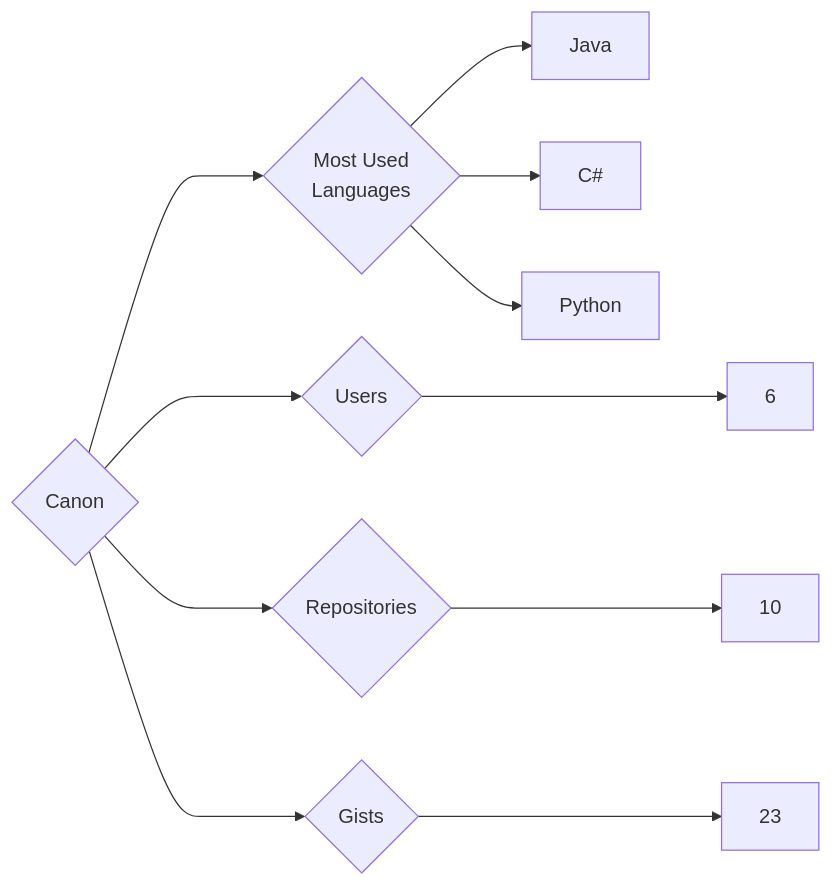
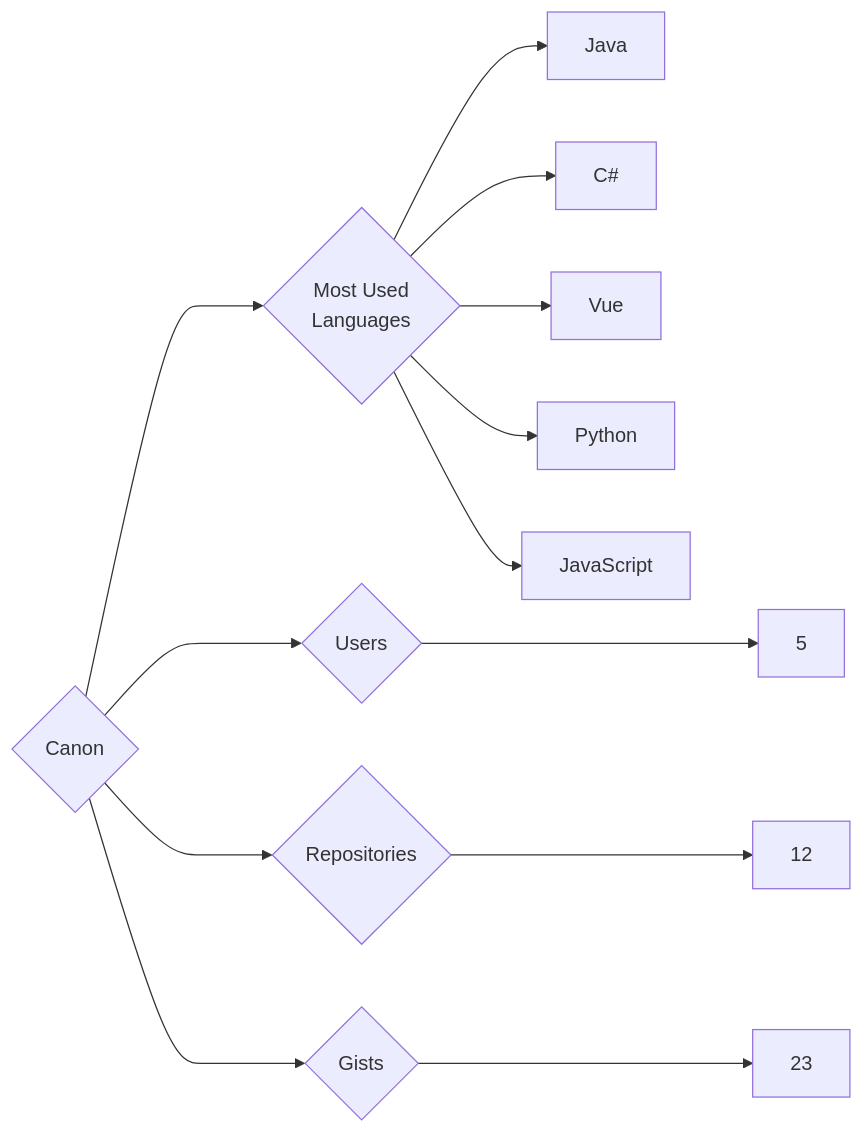
The diagram in targets/Canon/README.md (trickest/insiders), drawn with Mermaid before and after one commit. The commit also changed 934 other files, not shown here.

````diff
--- a/targets/Canon/README.md
+++ b/targets/Canon/README.md
@@ -3,11 +3,13 @@
 ```mermaid
 graph LR
 COMPANY_NAME{Canon}
-COMPANY_NAME ---> U{Users} ---> UN[6]
-COMPANY_NAME ---> R{Repositories} ---> RN[10]
+COMPANY_NAME ---> U{Users} ---> UN[5]
+COMPANY_NAME ---> R{Repositories} ---> RN[12]
 COMPANY_NAME ---> G{Gists} ---> GN[23]
 COMPANY_NAME ---> ML{Most Used<br>Languages}
 ML --> Java[Java]
 ML --> C#[C#]
+ML --> Vue[Vue]
 ML --> Python[Python]
+ML --> JavaScript[JavaScript]
 ```
````
